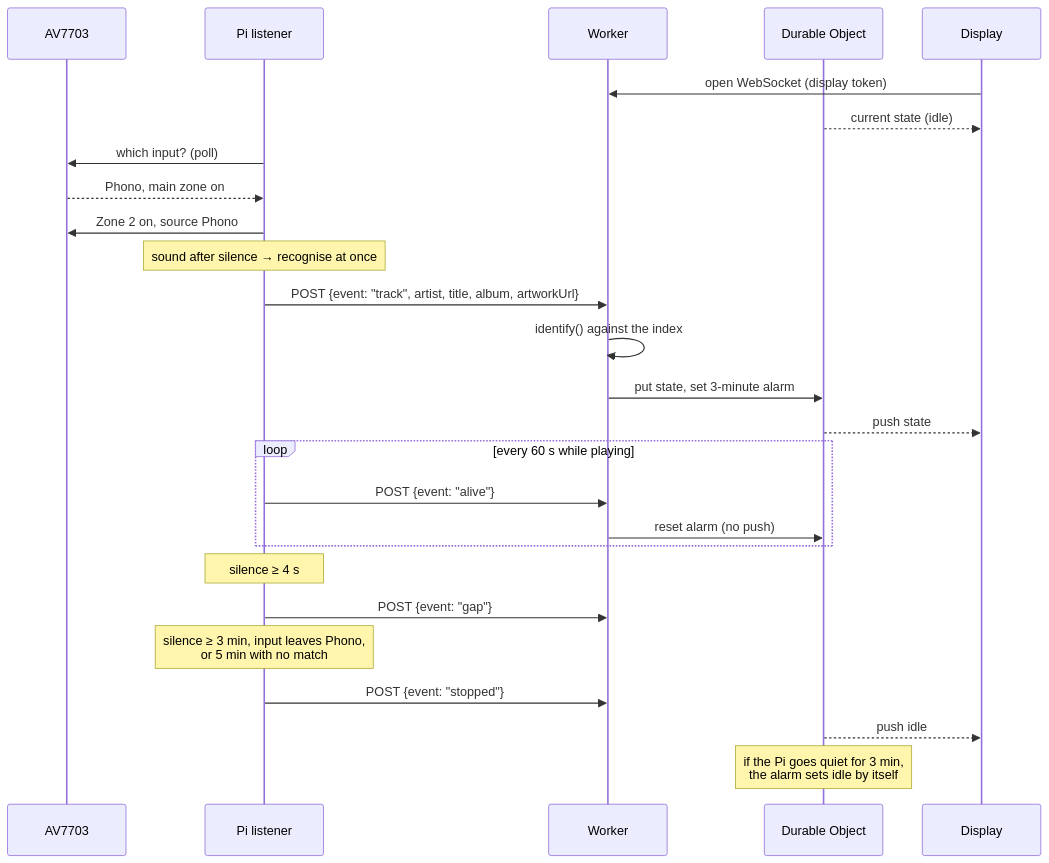
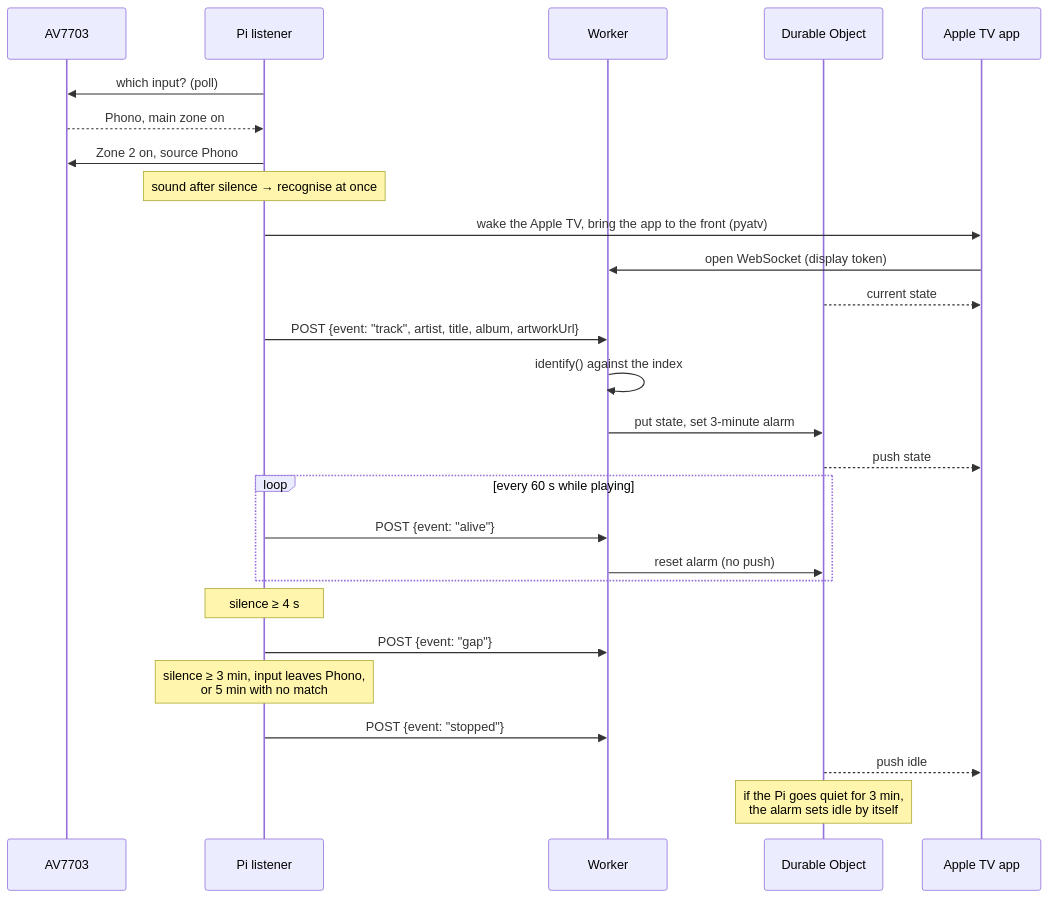
Before and after one commit to mmorper/concerts: the second of 2 diagrams in docs/specs/future/global-now-spinning/global-now-spinning-spec.md, drawn with Mermaid. The commit also changed other lines of this file and 14 other files, not shown here.

````diff
--- a/docs/specs/future/global-now-spinning/global-now-spinning-spec.md
+++ b/docs/specs/future/global-now-spinning/global-now-spinning-spec.md
@@ -129,28 +142,29 @@
 ```mermaid
 sequenceDiagram
   participant AVR as AV7703
   participant Pi as Pi listener
   participant W as Worker
   participant DO as Durable Object
-  participant TV as Display
-  TV->>W: open WebSocket (display token)
-  DO-->>TV: current state (idle)
+  participant TV as Apple TV app
   Pi->>AVR: which input? (poll)
   AVR-->>Pi: Phono, main zone on
   Pi->>AVR: Zone 2 on, source Phono
   Note over Pi: sound after silence → recognise at once
+  Pi->>TV: wake the Apple TV, bring the app to the front (pyatv)
+  TV->>W: open WebSocket (display token)
+  DO-->>TV: current state
   Pi->>W: POST {event: "track", artist, title, album, artworkUrl}
   W->>W: identify() against the index
   W->>DO: put state, set 3-minute alarm
   DO-->>TV: push state
   loop every 60 s while playing
     Pi->>W: POST {event: "alive"}
     W->>DO: reset alarm (no push)
   end
   Note over Pi: silence ≥ 4 s
   Pi->>W: POST {event: "gap"}
   Note over Pi: silence ≥ 3 min, input leaves Phono,<br/>or 5 min with no match
   Pi->>W: POST {event: "stopped"}
   DO-->>TV: push idle
   Note over DO: if the Pi goes quiet for 3 min,<br/>the alarm sets idle by itself
 ```
````
